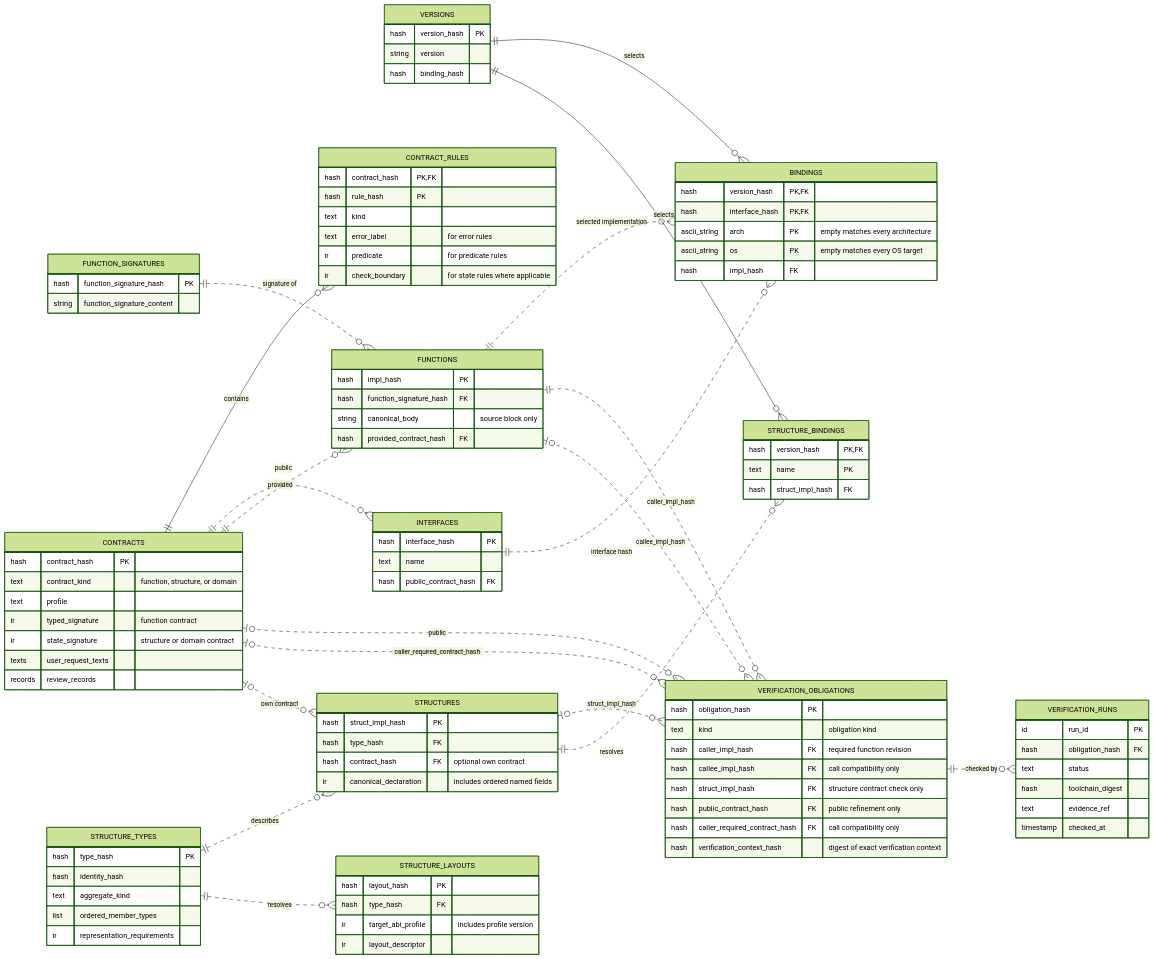
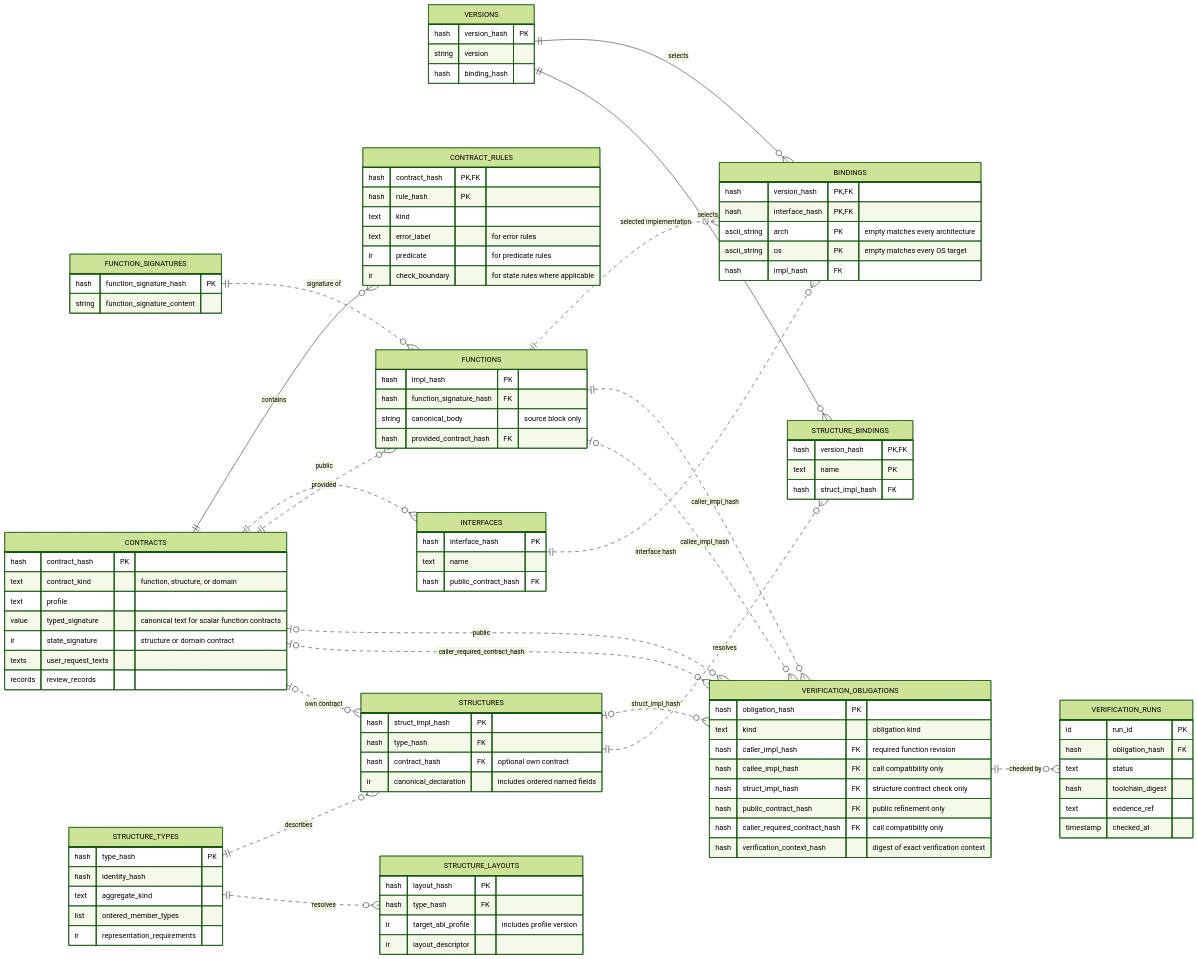
The third of 3 diagrams in draft/RFC.md (aivibeflow/LLMLang), drawn with Mermaid (forest theme) before and after one commit. The commit also changed other lines of this file and 244 other files, not shown here.

```diff
--- a/draft/RFC.md
+++ b/draft/RFC.md
@@ -111,7 +235,7 @@
         hash contract_hash PK
         text contract_kind "function, structure, or domain"
         text profile
-        ir typed_signature "function contract"
+        value typed_signature "canonical text for scalar function contracts"
         ir state_signature "structure or domain contract"
         texts user_request_texts
         records review_records
```
